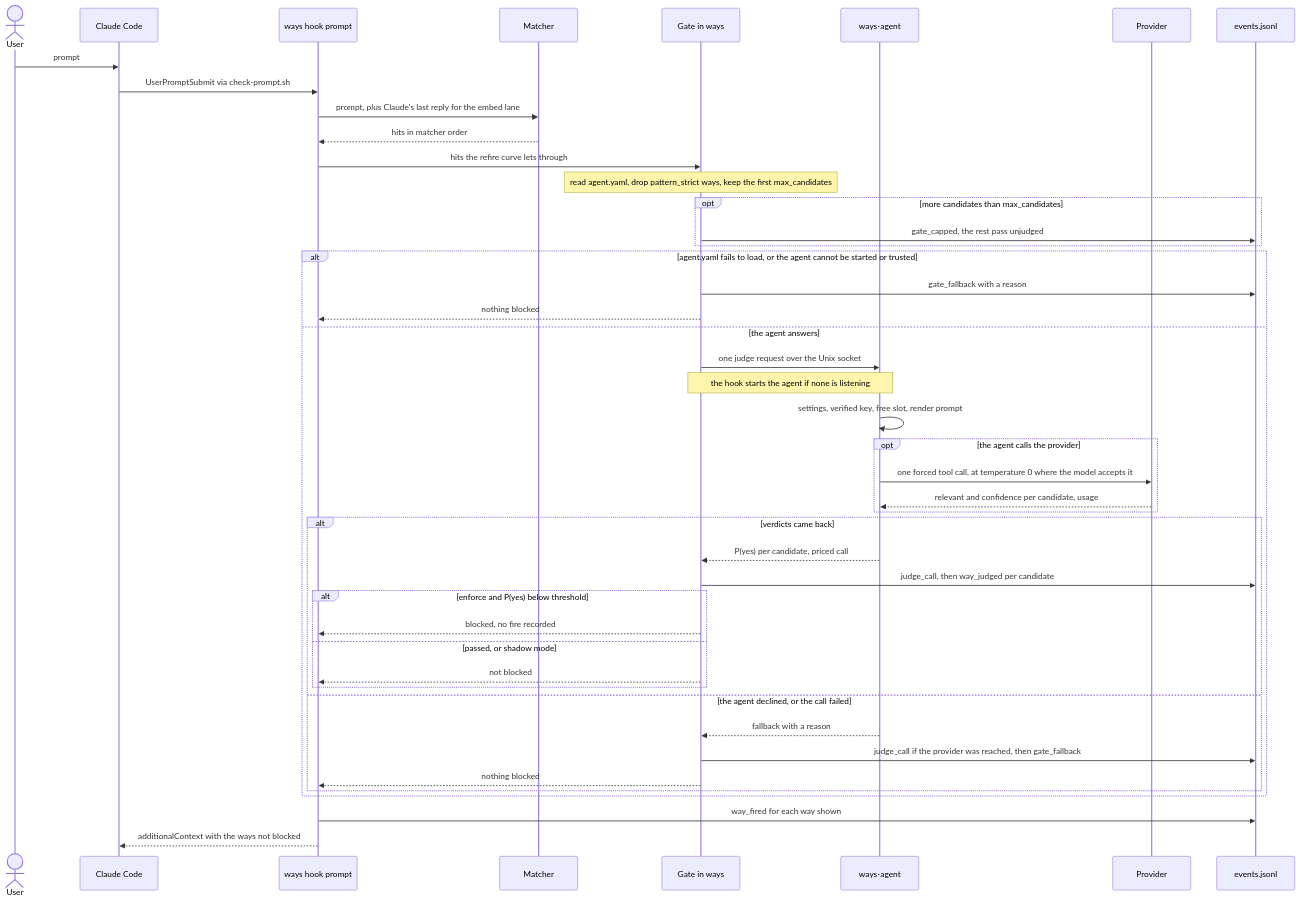
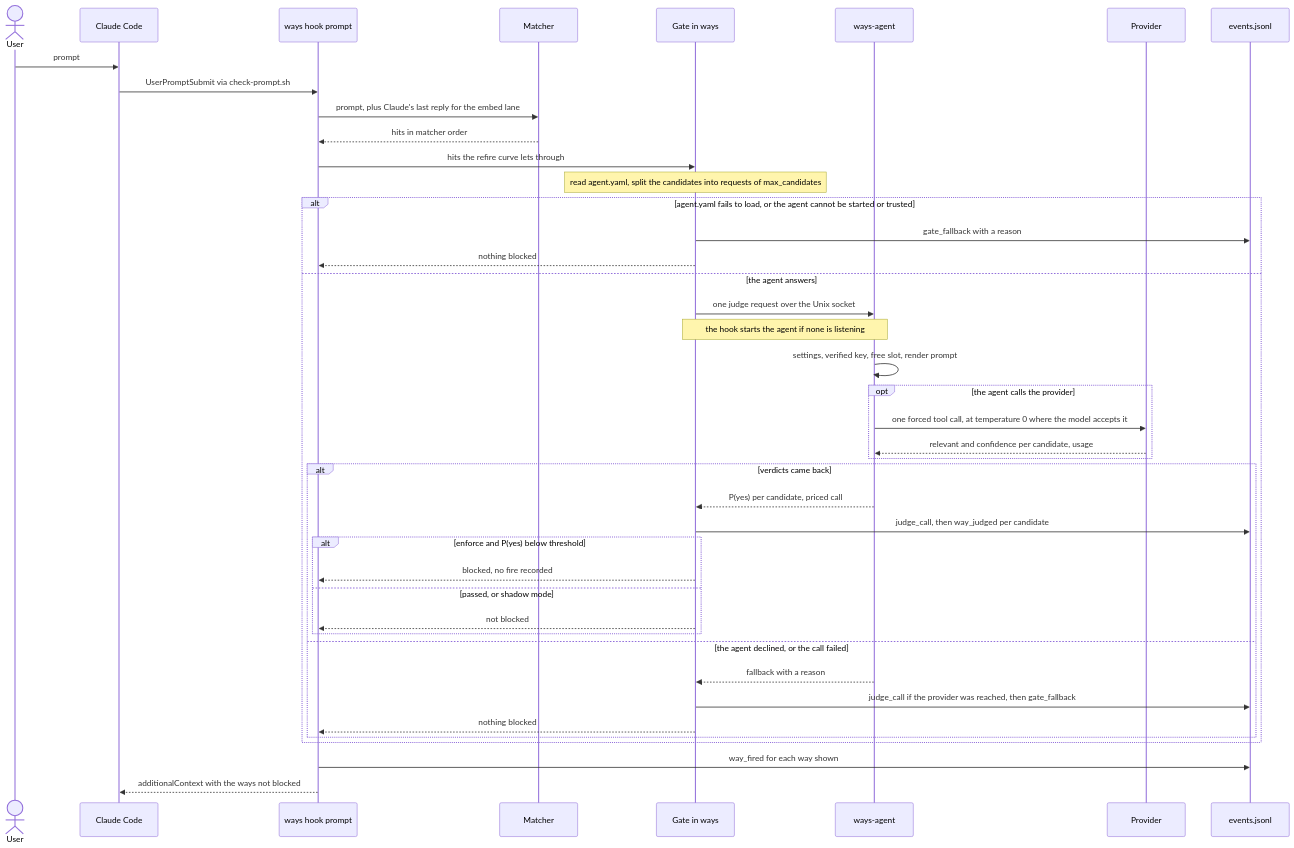
The diagram in docs/explanation/relevance-judge/relevance-judge-the-model.md (aaronsb/agent-ways), drawn with Mermaid before and after one commit. The commit also changed other lines of this file and 6 other files, not shown here.

````diff
--- a/docs/explanation/relevance-judge/relevance-judge-the-model.md
+++ b/docs/explanation/relevance-judge/relevance-judge-the-model.md
@@ -29,48 +29,45 @@
 ```mermaid
 sequenceDiagram
     actor U as User
     participant CC as Claude Code
     participant H as ways hook prompt
     participant M as Matcher
     participant G as Gate in ways
     participant A as ways-agent
     participant P as Provider
     participant L as events.jsonl
 
     U->>CC: prompt
     CC->>H: UserPromptSubmit via check-prompt.sh
     H->>M: prompt, plus Claude's last reply for the embed lane
     M-->>H: hits in matcher order
     H->>G: hits the refire curve lets through
-    Note over G: read agent.yaml, drop pattern_strict ways, keep the first max_candidates
-    opt more candidates than max_candidates
-        G->>L: gate_capped, the rest pass unjudged
-    end
+    Note over G: read agent.yaml, split the candidates into requests of max_candidates
     alt agent.yaml fails to load, or the agent cannot be started or trusted
         G->>L: gate_fallback with a reason
         G-->>H: nothing blocked
     else the agent answers
         G->>A: one judge request over the Unix socket
         Note over G,A: the hook starts the agent if none is listening
         A->>A: settings, verified key, free slot, render prompt
         opt the agent calls the provider
             A->>P: one forced tool call, at temperature 0 where the model accepts it
             P-->>A: relevant and confidence per candidate, usage
         end
         alt verdicts came back
             A-->>G: P(yes) per candidate, priced call
             G->>L: judge_call, then way_judged per candidate
             alt enforce and P(yes) below threshold
                 G-->>H: blocked, no fire recorded
             else passed, or shadow mode
                 G-->>H: not blocked
             end
         else the agent declined, or the call failed
             A-->>G: fallback with a reason
             G->>L: judge_call if the provider was reached, then gate_fallback
             G-->>H: nothing blocked
         end
     end
     H->>L: way_fired for each way shown
     H-->>CC: additionalContext with the ways not blocked
 ```
````
